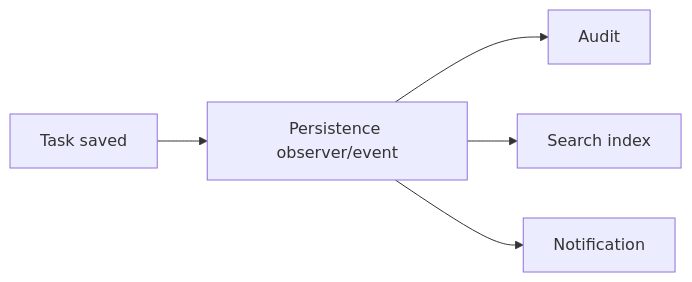
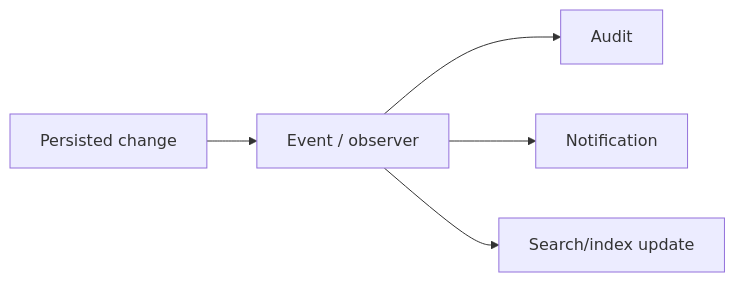
Before and after one commit to shuklasp/spp: the fourth of 5 diagrams in documentation/handbook/40-data-entities-sppdb-and-xdb.md, drawn with Mermaid. The commit also changed other lines of this file, not shown here.

Commit message:
docs: reconcile persistence architecture branch

````diff
--- a/documentation/handbook/40-data-entities-sppdb-and-xdb.md
+++ b/documentation/handbook/40-data-entities-sppdb-and-xdb.md
@@ -391,7 +150,7 @@
 ```mermaid
 flowchart LR
-    A[Task saved] --> B[Persistence observer/event]
+    A[Persisted change] --> B[Event / observer]
     B --> C[Audit]
-    B --> D[Search index]
-    B --> E[Notification]
+    B --> D[Notification]
+    B --> E[Search/index update]
 ```
````
